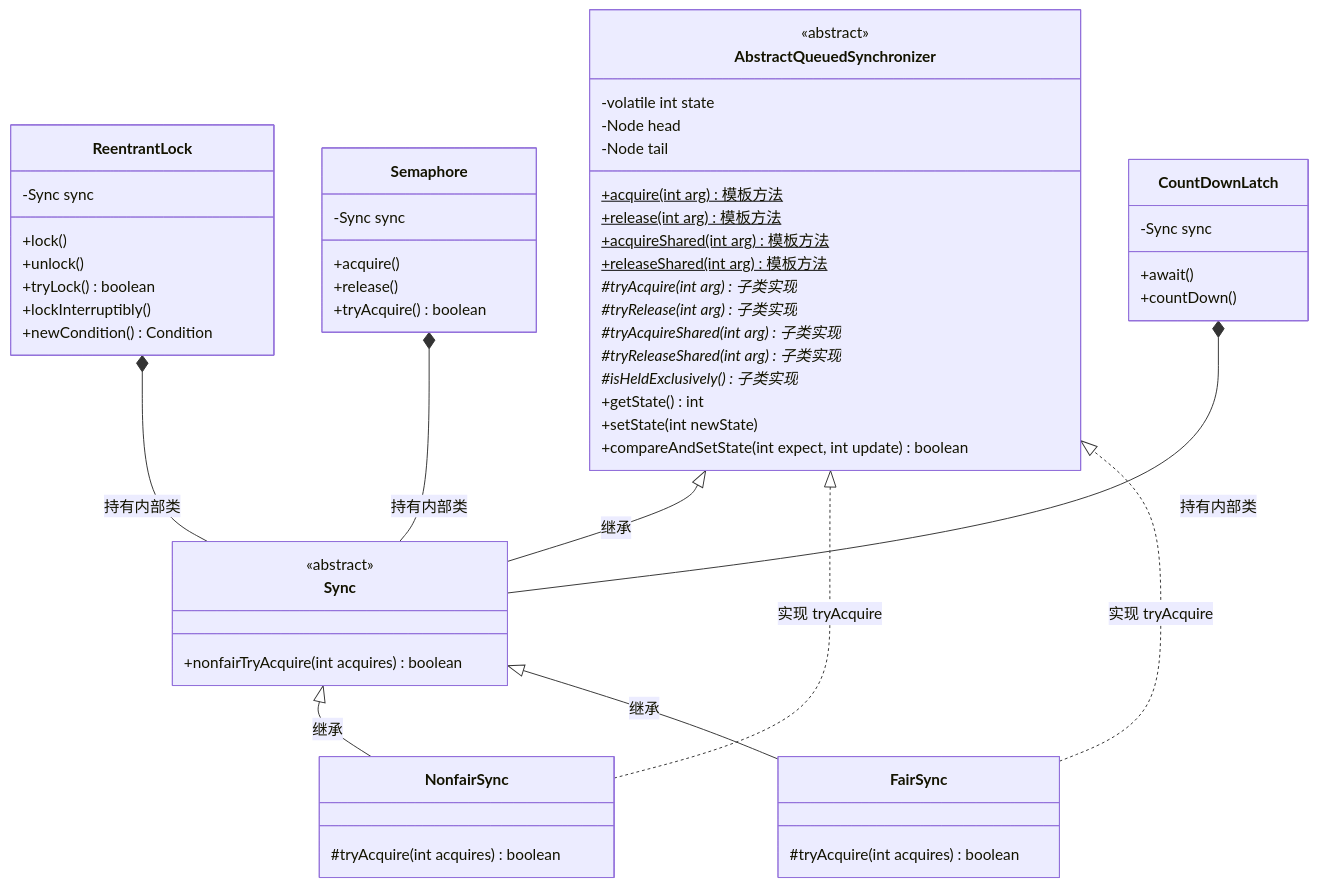
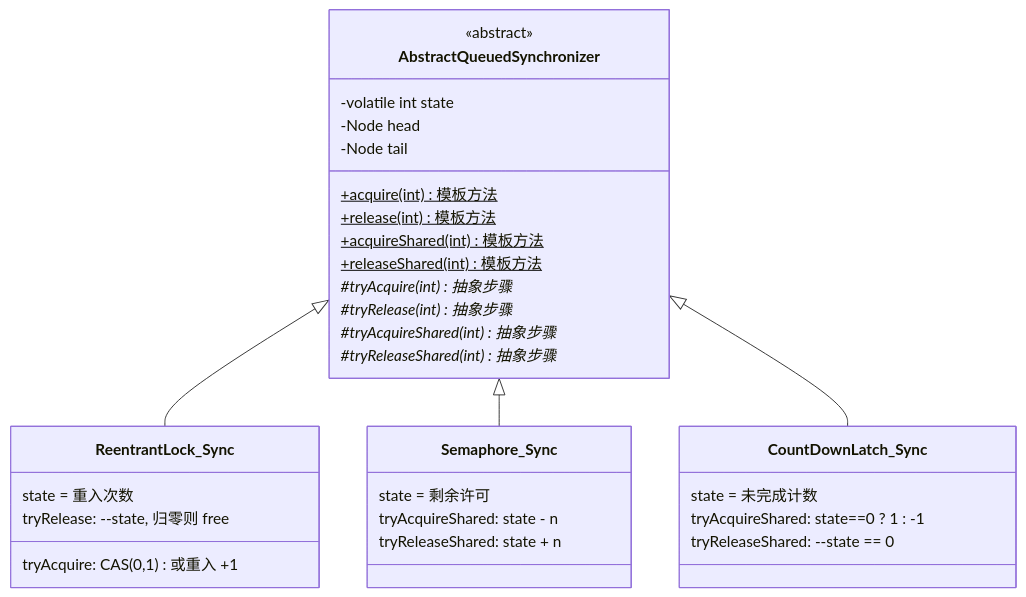
Before and after one commit to b1tzer/java-world: the diagram in docs/03-java-concurrency/chapter-08-locksupport-aqs.md, drawn with Mermaid. The commit also changed other lines of this file and 10 other files, not shown here.

````diff
--- a/docs/03-java-concurrency/chapter-08-locksupport-aqs.md
+++ b/docs/03-java-concurrency/chapter-08-locksupport-aqs.md
@@ -222,65 +169,39 @@
 ```mermaid
 classDiagram
     class AbstractQueuedSynchronizer {
         <<abstract>>
         -volatile int state
         -Node head
         -Node tail
-        +acquire(int arg)$ 模板方法
-        +release(int arg)$ 模板方法
-        +acquireShared(int arg)$ 模板方法
-        +releaseShared(int arg)$ 模板方法
-        #tryAcquire(int arg)* 子类实现
-        #tryRelease(int arg)* 子类实现
-        #tryAcquireShared(int arg)* 子类实现
-        #tryReleaseShared(int arg)* 子类实现
-        #isHeldExclusively()* 子类实现
-        +getState() int
-        +setState(int newState)
-        +compareAndSetState(int expect, int update) boolean
+        +acquire(int)$ 模板方法
+        +release(int)$ 模板方法
+        +acquireShared(int)$ 模板方法
+        +releaseShared(int)$ 模板方法
+        #tryAcquire(int)* 抽象步骤
+        #tryRelease(int)* 抽象步骤
+        #tryAcquireShared(int)* 抽象步骤
+        #tryReleaseShared(int)* 抽象步骤
     }
 
-    class Sync {
-        <<abstract>>
-        +nonfairTryAcquire(int acquires) boolean
+    class ReentrantLock_Sync {
+        state = 重入次数
+        tryAcquire: CAS(0,1) 或重入 +1
+        tryRelease: --state, 归零则 free
     }
 
-    class NonfairSync {
-        #tryAcquire(int acquires) boolean
+    class Semaphore_Sync {
+        state = 剩余许可
+        tryAcquireShared: state - n
+        tryReleaseShared: state + n
     }
 
-    class FairSync {
-        #tryAcquire(int acquires) boolean
+    class CountDownLatch_Sync {
+        state = 未完成计数
+        tryAcquireShared: state==0 ? 1 : -1
+        tryReleaseShared: --state == 0
     }
 
-    class ReentrantLock {
-        -Sync sync
-        +lock()
-        +unlock()
-        +tryLock() boolean
-        +lockInterruptibly()
-        +newCondition() Condition
-    }
-
-    class Semaphore {
-        -Sync sync
-        +acquire()
-        +release()
-        +tryAcquire() boolean
-    }
-
-    class CountDownLatch {
-        -Sync sync
-        +await()
-        +countDown()
-    }
-
-    AbstractQueuedSynchronizer <|-- Sync : 继承
-    Sync <|-- NonfairSync : 继承
-    Sync <|-- FairSync : 继承
-    ReentrantLock *-- Sync : 持有内部类
-    Semaphore *-- Sync : 持有内部类
-    CountDownLatch *-- Sync : 持有内部类
-    NonfairSync ..|> AbstractQueuedSynchronizer : 实现 tryAcquire
-    FairSync ..|> AbstractQueuedSynchronizer : 实现 tryAcquire
+    AbstractQueuedSynchronizer <|-- ReentrantLock_Sync
+    AbstractQueuedSynchronizer <|-- Semaphore_Sync
+    AbstractQueuedSynchronizer <|-- CountDownLatch_Sync
 ```
````
